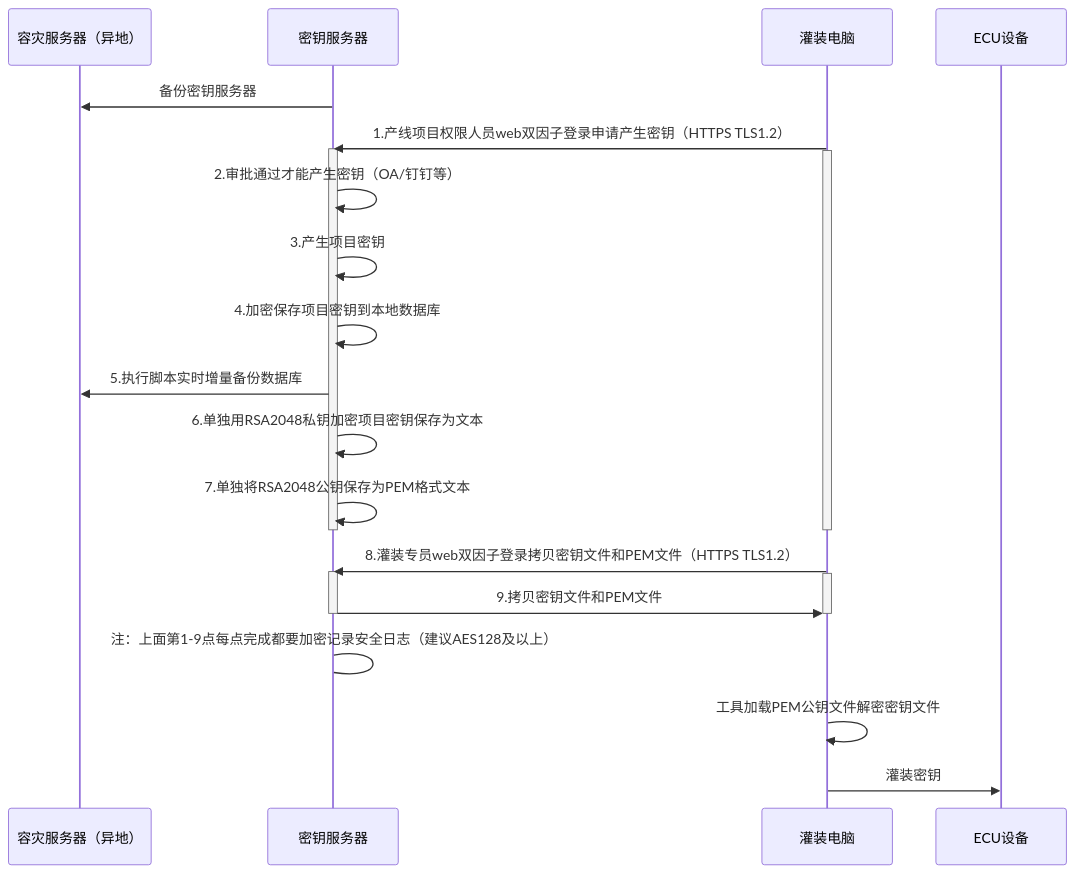
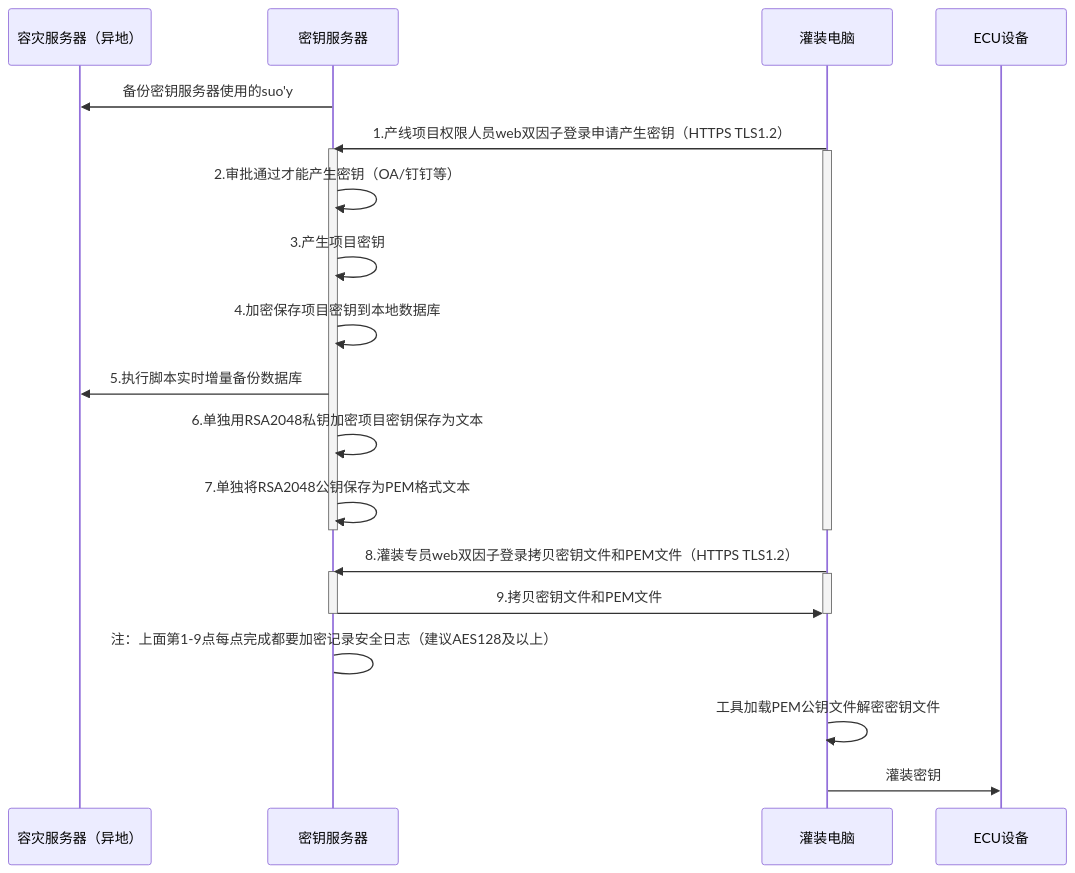
One commit to facebook-cloud/iodraw-files changed the diagram in all/未命名-15.md. Above: the diagram before and after it, drawn with Mermaid.

Commit message:
2026-02-12 16:17:35 update

````diff
--- a/all/未命名-15.md
+++ b/all/未命名-15.md
@@ -1,32 +1,32 @@
 ```mermaid
 sequenceDiagram
     participant A as 容灾服务器（异地）
     participant B as 密钥服务器
     participant D as 灌装电脑
     participant E as ECU设备
 
-    B->>A: 备份密钥服务器
+    B->>A: 备份密钥服务器使用的suo'y
     D->>B: 1.产线项目权限人员web双因子登录申请产生密钥（HTTPS TLS1.2）
     activate B
     activate D
     B->>B: 2.审批通过才能产生密钥（OA/钉钉等）
     B->>B: 3.产生项目密钥
     B->>B: 4.加密保存项目密钥到本地数据库
     B->>A: 5.执行脚本实时增量备份数据库
     B->>B: 6.单独用RSA2048私钥加密项目密钥保存为文本
     B->>B: 7.单独将RSA2048公钥保存为PEM格式文本
     deactivate B
     deactivate D
     
     D->>B: 8.灌装专员web双因子登录拷贝密钥文件和PEM文件（HTTPS TLS1.2）
     activate B
     activate D
     B->>D: 9.拷贝密钥文件和PEM文件
     deactivate B
     deactivate D
     B->B: 注：上面第1-9点每点完成都要加密记录安全日志（建议AES128及以上）
 
     D->>D:工具加载PEM公钥文件解密密钥文件
     
     D->>E: 灌装密钥
 ```
````
